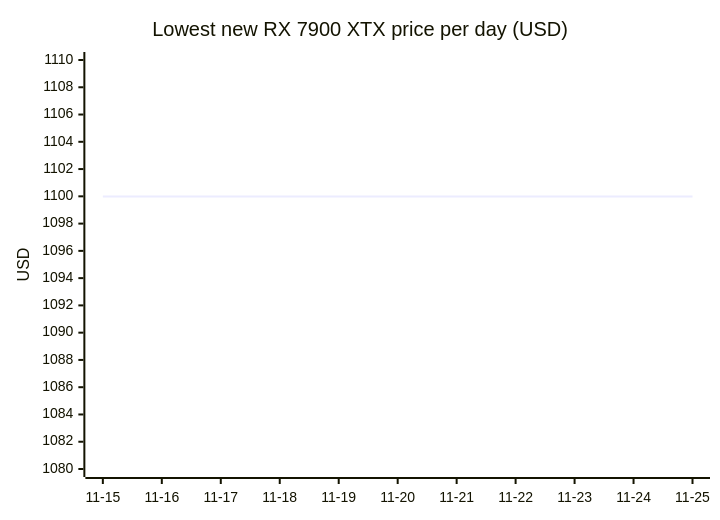
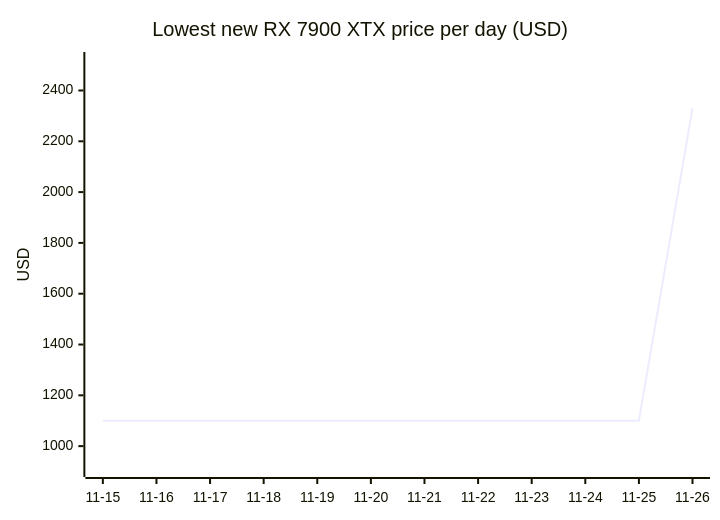
Before and after one commit to 7324136828/4tb_ssd_price_watch: diagram 13 of 18 in README.md, drawn with Mermaid. The commit also changed other lines of this file, not shown here.

````diff
--- a/README.md
+++ b/README.md
@@ -1275,7 +1313,7 @@
 ```mermaid
 xychart-beta
     title "Lowest new RX 7900 XTX price per day (USD)"
-    x-axis ["11-15", "11-16", "11-17", "11-18", "11-19", "11-20", "11-21", "11-22", "11-23", "11-24", "11-25"]
-    y-axis "USD" 1080 --> 1110
-    line [1099.99, 1099.99, 1099.99, 1099.99, 1099.99, 1099.99, 1099.99, 1099.99, 1099.99, 1099.99, 1099.99]
+    x-axis ["11-15", "11-16", "11-17", "11-18", "11-19", "11-20", "11-21", "11-22", "11-23", "11-24", "11-25", "11-26"]
+    y-axis "USD" 910 --> 2520
+    line [1099.99, 1099.99, 1099.99, 1099.99, 1099.99, 1099.99, 1099.99, 1099.99, 1099.99, 1099.99, 1099.99, 2330.00]
 ```
````
